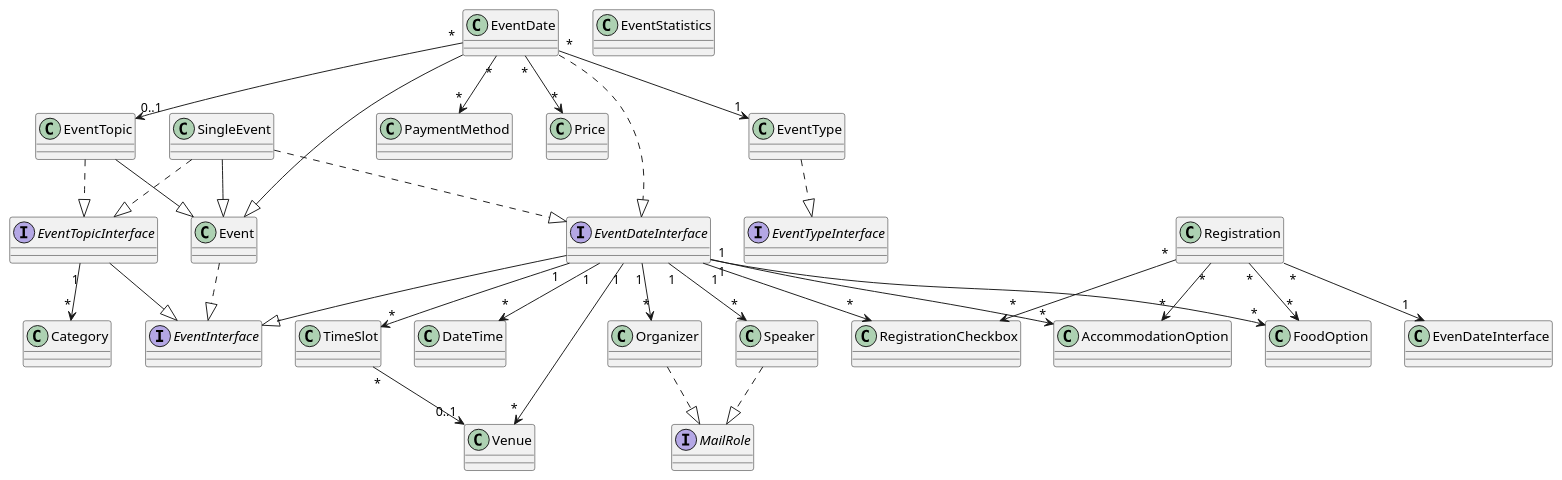
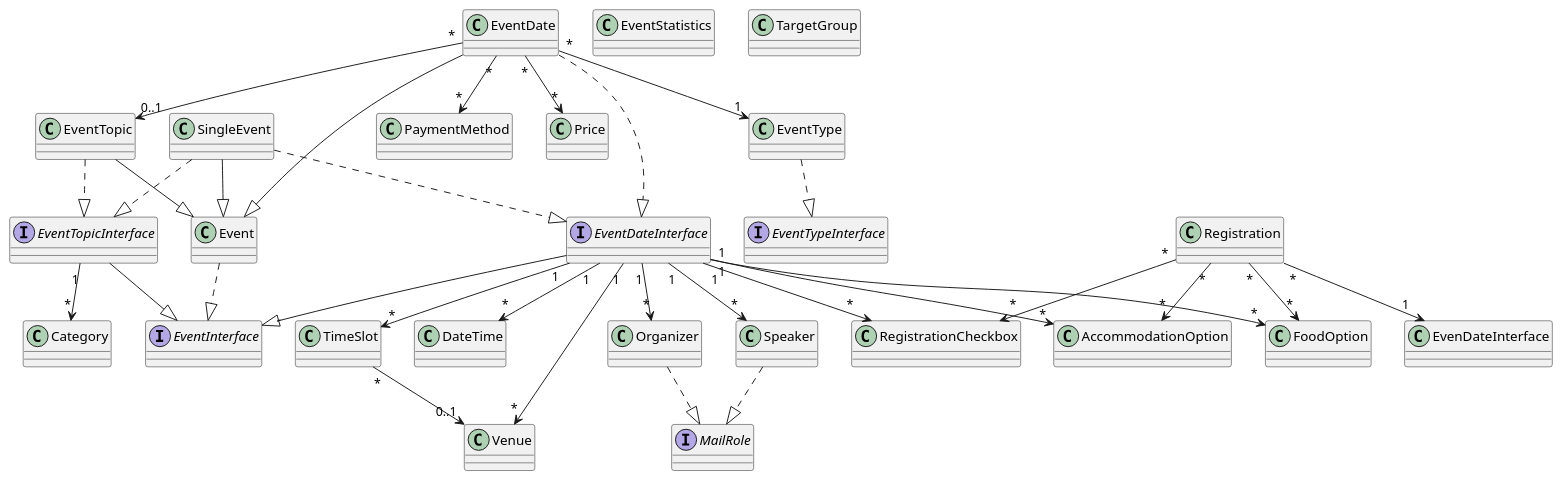
Before and after one commit to oliverklee-de/seminars: the diagram in Documentation/Architecture/UMLforEntities.plantuml, drawn with PlantUML. The commit also changed 9 other files, not shown here.

Commit message:
[TASK] Add `TargetGroup` model and repository

```diff
--- a/Documentation/Architecture/UMLforEntities.plantuml
+++ b/Documentation/Architecture/UMLforEntities.plantuml
@@ -1,80 +1,81 @@
 ' ==========
 ' Interfaces
 ' ==========
 interface EventDateInterface
 interface EventInterface
 interface EventTopicInterface
 interface EventTypeInterface
 interface MailRole
 
 ' ==============
 ' Domain Classes
 ' ==============
 class AccommodationOption
 class Category
 class DateTime
 class Event
 class EventDate
 class EventStatistics
 class EventTopic
 class EventType
 class FoodOption
 class Organizer
 class PaymentMethod
 class Price
 class Registration
 class RegistrationCheckbox
 class SingleEvent
 class Speaker
+class TargetGroup
 class TimeSlot
 class Venue
 
 ' ===========
 ' Inheritance
 ' ===========
 EventDate --|> Event
 EventTopic --|> Event
 SingleEvent --|> Event
 
 EventDateInterface --|> EventInterface
 EventTopicInterface --|> EventInterface
 
 ' =========
 ' Interface
 ' =========
 Event ..|> EventInterface
 EventDate ..|> EventDateInterface
 EventTopic ..|> EventTopicInterface
 EventType ..|> EventTypeInterface
 Organizer ..|> MailRole
 SingleEvent ..|> EventDateInterface
 SingleEvent ..|> EventTopicInterface
 Speaker ..|> MailRole
 
 
 
 ' ============
 ' Associations
 ' ============
 EventDate "*" --> "1" EventType
 EventDate "*" --> "*" PaymentMethod
 EventDate "*" --> "*" Price
 EventDate "*" --> "0..1" EventTopic
 
 EventDateInterface "1" --> "*" AccommodationOption
 EventDateInterface "1" --> "*" DateTime
 EventDateInterface "1" --> "*" FoodOption
 EventDateInterface "1" --> "*" Organizer
 EventDateInterface "1" --> "*" RegistrationCheckbox
 EventDateInterface "1" --> "*" Speaker
 EventDateInterface "1" --> "*" Venue
 EventDateInterface "1" --> "*" TimeSlot
 
 EventTopicInterface "1" --> "*" Category
 
 Registration "*" --> "*" AccommodationOption
 Registration "*" --> "1" EvenDateInterface
 Registration "*" --> "*" FoodOption
 Registration "*" --> "*" RegistrationCheckbox
 
 TimeSlot "*" --> "0..1" Venue
```
